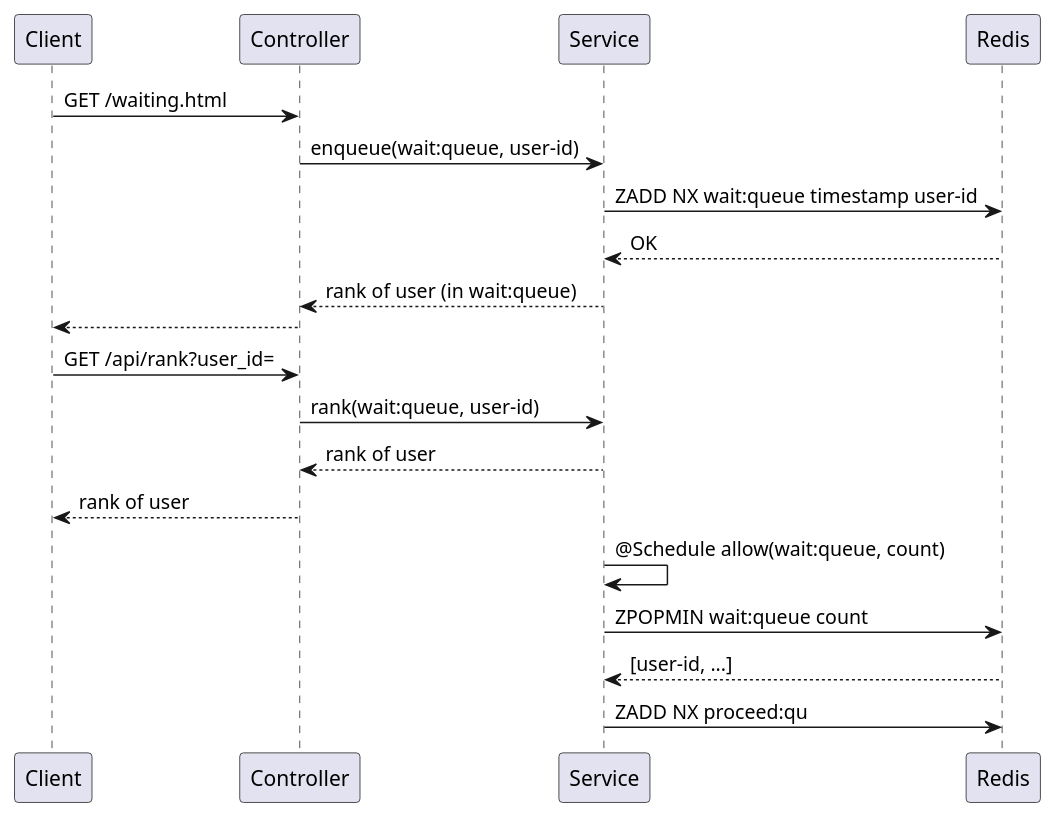
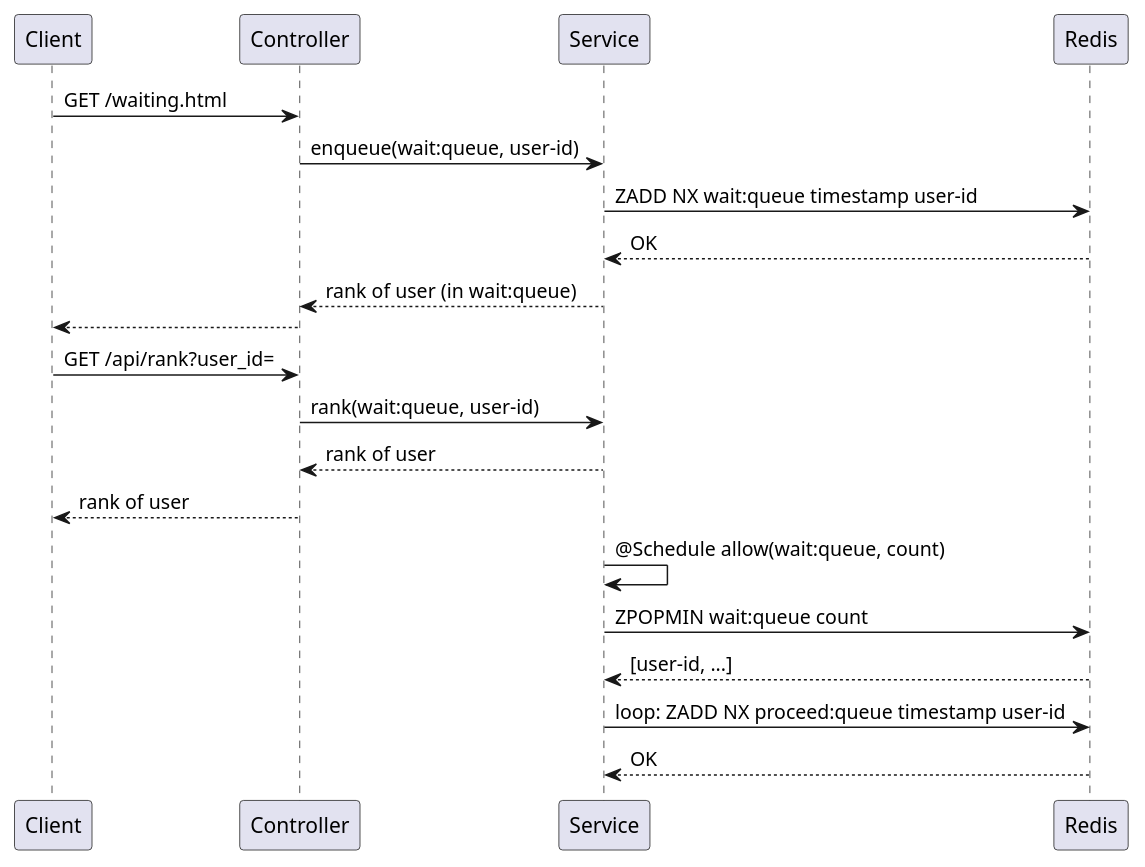
The diagram in _diary/2024-06-08.md (yanghoon/obsidian-workspace), drawn with PlantUML before and after one commit.

Commit message:
vault backup: 2024-06-08 14:21:40

````diff
--- a/_diary/2024-06-08.md
+++ b/_diary/2024-06-08.md
@@ -5,18 +5,19 @@
 ```plantuml
 Client -> Controller: GET /waiting.html
 Controller -> Service: enqueue(wait:queue, user-id)
 Service -> Redis: ZADD NX wait:queue timestamp user-id
 Service <-- Redis: OK
 Controller <-- Service: rank of user (in wait:queue)
 Client <-- Controller
 
 Client -> Controller: GET /api/rank?user_id=
 Controller -> Service: rank(wait:queue, user-id)
 Controller <-- Service: rank of user
 Client <-- Controller: rank of user
 
 Service -> Service: @Schedule allow(wait:queue, count)
 Service -> Redis: ZPOPMIN wait:queue count
 Service <-- Redis: [user-id, ...]
-Service -> Redis: ZADD NX proceed:qu
+Service -> Redis: loop: ZADD NX proceed:queue timestamp user-id
+Service <-- Redis: OK
 ```
````
